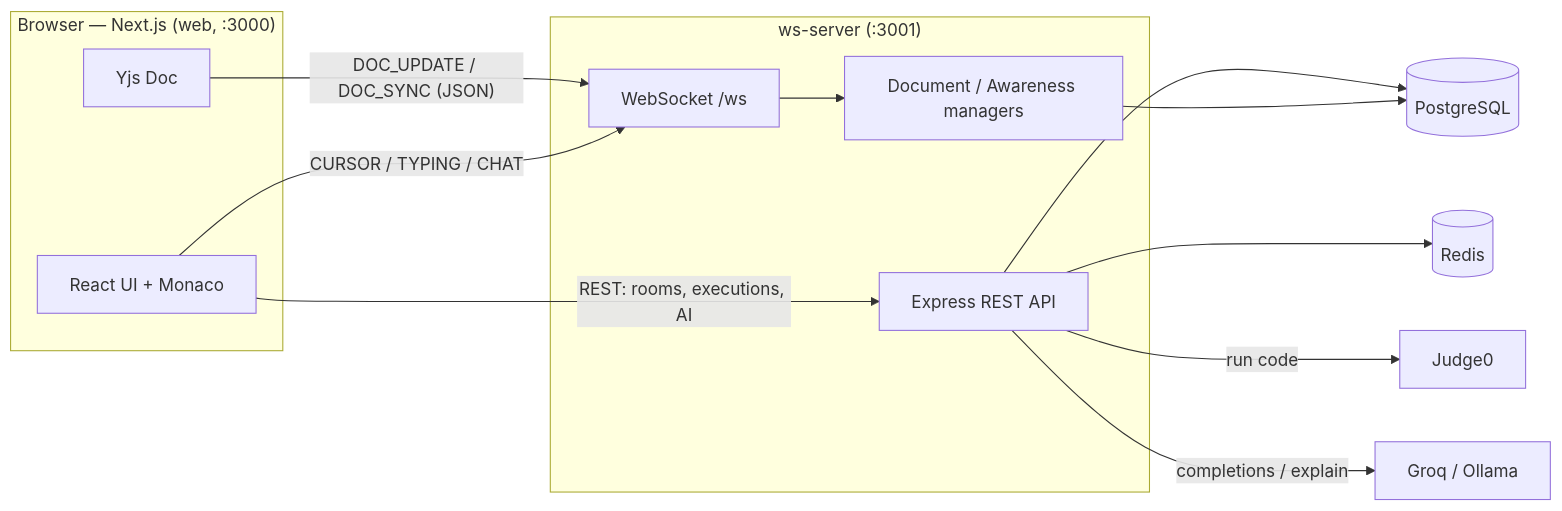
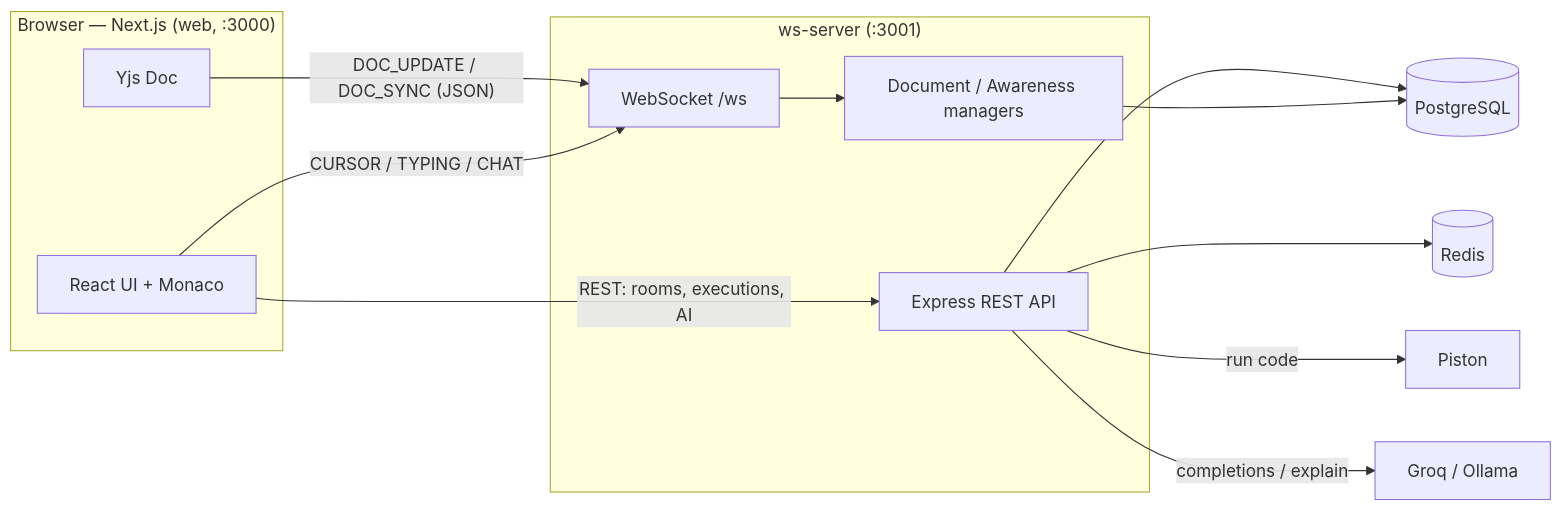
Before and after one commit to NajibHossain49/DevCollab: the diagram in README.md, drawn with Mermaid. The commit also changed other lines of this file and 5 other files, not shown here.

Commit message:
feat: replace Judge0 with Piston for code execution; update README, environment variables, and execution service to reflect new backend integration

````diff
--- a/README.md
+++ b/README.md
@@ -55,28 +55,28 @@
 ```mermaid
 flowchart LR
     subgraph Client["Browser — Next.js (web, :3000)"]
         UI[React UI + Monaco]
         Y[Yjs Doc]
     end
 
     subgraph Server["ws-server (:3001)"]
         REST[Express REST API]
         WS[WebSocket /ws]
         DM[Document / Awareness managers]
     end
 
     DB[(PostgreSQL)]
     RD[(Redis)]
-    J0[Judge0]
+    J0[Piston]
     AI[Groq / Ollama]
 
     UI -- REST: rooms, executions, AI --> REST
     Y -- DOC_UPDATE / DOC_SYNC (JSON) --> WS
     UI -- CURSOR / TYPING / CHAT --> WS
     WS --> DM
     REST --> DB
     REST --> RD
     DM --> DB
     REST -- run code --> J0
     REST -- completions / explain --> AI
 ```
````
